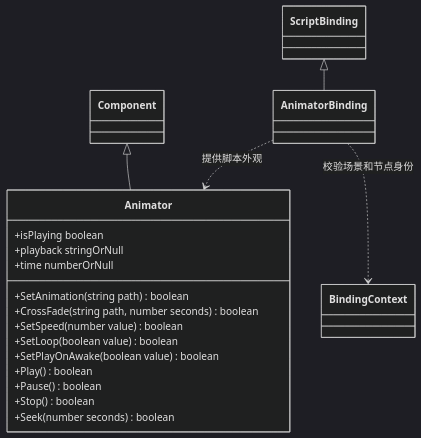
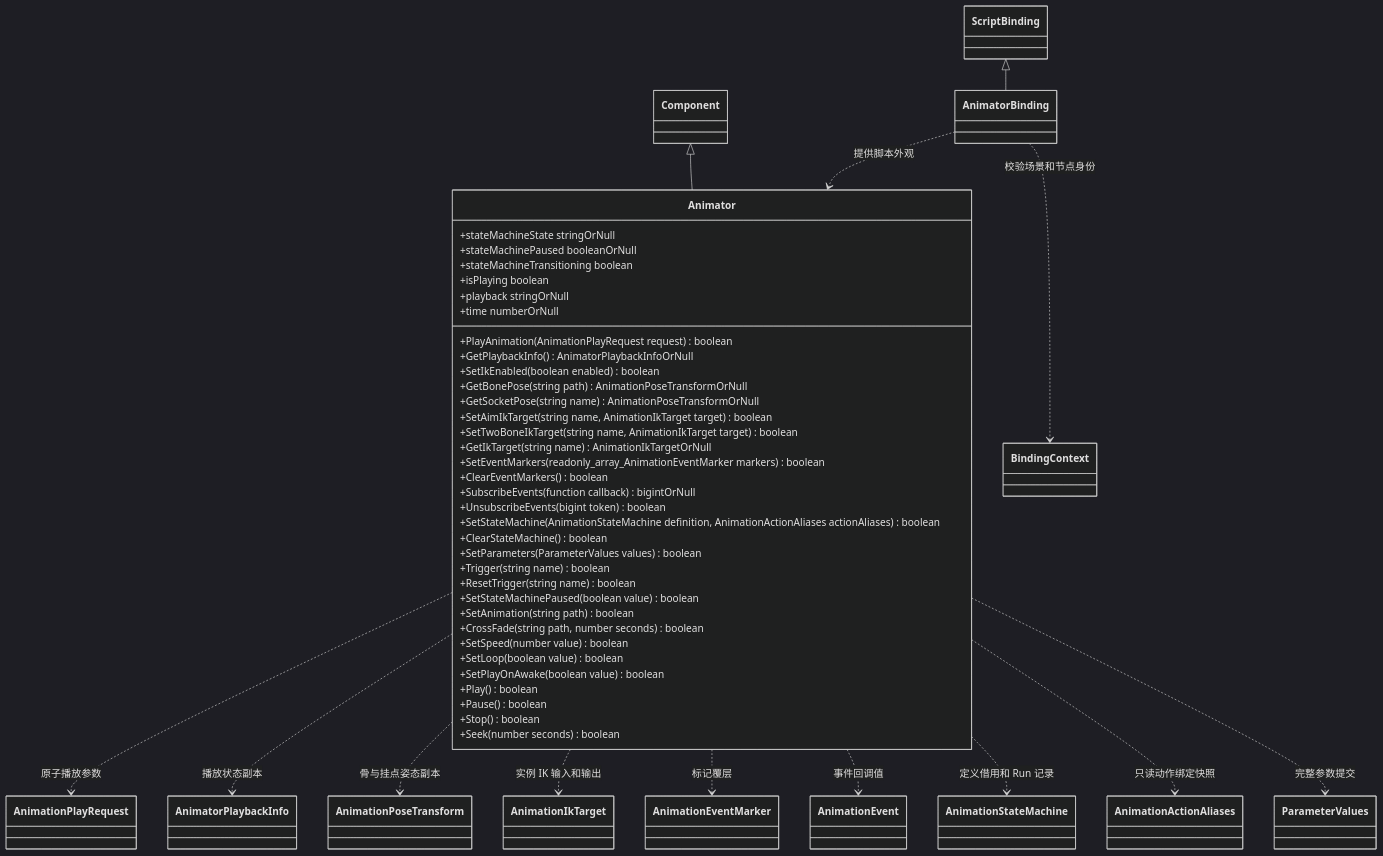
The diagram in docs/plugins/runtime/class-diagrams/animation-script-api.md (lcals/Engine), drawn with Mermaid (dark theme) before and after one commit. The commit also changed other lines of this file and 125 other files, not shown here.

First line of the commit message:
Fix engine architecture contracts and recovery paths

````diff
--- a/docs/plugins/runtime/class-diagrams/animation-script-api.md
+++ b/docs/plugins/runtime/class-diagrams/animation-script-api.md
@@ -5,25 +7,64 @@
 ```mermaid
 classDiagram
     class Component
     class Animator {
+        +PlayAnimation(AnimationPlayRequest request) boolean
+        +GetPlaybackInfo() AnimatorPlaybackInfoOrNull
+        +SetIkEnabled(boolean enabled) boolean
+        +GetBonePose(string path) AnimationPoseTransformOrNull
+        +GetSocketPose(string name) AnimationPoseTransformOrNull
+        +SetAimIkTarget(string name, AnimationIkTarget target) boolean
+        +SetTwoBoneIkTarget(string name, AnimationIkTarget target) boolean
+        +GetIkTarget(string name) AnimationIkTargetOrNull
+        +SetEventMarkers(readonly_array_AnimationEventMarker markers) boolean
+        +ClearEventMarkers() boolean
+        +SubscribeEvents(function callback) bigintOrNull
+        +UnsubscribeEvents(bigint token) boolean
+        +SetStateMachine(AnimationStateMachine definition, AnimationActionAliases actionAliases) boolean
+        +ClearStateMachine() boolean
+        +SetParameters(ParameterValues values) boolean
+        +Trigger(string name) boolean
+        +ResetTrigger(string name) boolean
+        +SetStateMachinePaused(boolean value) boolean
+        +stateMachineState stringOrNull
+        +stateMachinePaused booleanOrNull
+        +stateMachineTransitioning boolean
         +SetAnimation(string path) boolean
         +CrossFade(string path, number seconds) boolean
         +SetSpeed(number value) boolean
         +SetLoop(boolean value) boolean
         +SetPlayOnAwake(boolean value) boolean
         +Play() boolean
         +Pause() boolean
         +Stop() boolean
         +Seek(number seconds) boolean
         +isPlaying boolean
         +playback stringOrNull
         +time numberOrNull
     }
+    class AnimationPlayRequest
+    class AnimatorPlaybackInfo
+    class AnimationPoseTransform
+    class AnimationIkTarget
+    class AnimationEventMarker
+    class AnimationEvent
+    class AnimationStateMachine
+    class AnimationActionAliases
+    class ParameterValues
+    Animator ..> AnimationPlayRequest : 原子播放参数
+    Animator ..> AnimatorPlaybackInfo : 播放状态副本
+    Animator ..> AnimationPoseTransform : 骨与挂点姿态副本
+    Animator ..> AnimationIkTarget : 实例 IK 输入和输出
+    Animator ..> AnimationEventMarker : 标记覆层
+    Animator ..> AnimationEvent : 事件回调值
+    Animator ..> AnimationStateMachine : 定义借用和 Run 记录
+    Animator ..> AnimationActionAliases : 只读动作绑定快照
+    Animator ..> ParameterValues : 完整参数提交
     class AnimatorBinding
     class ScriptBinding
     class BindingContext
     Component <|-- Animator
     ScriptBinding <|-- AnimatorBinding
     AnimatorBinding ..> Animator : 提供脚本外观
     AnimatorBinding ..> BindingContext : 校验场景和节点身份
 ```
````
